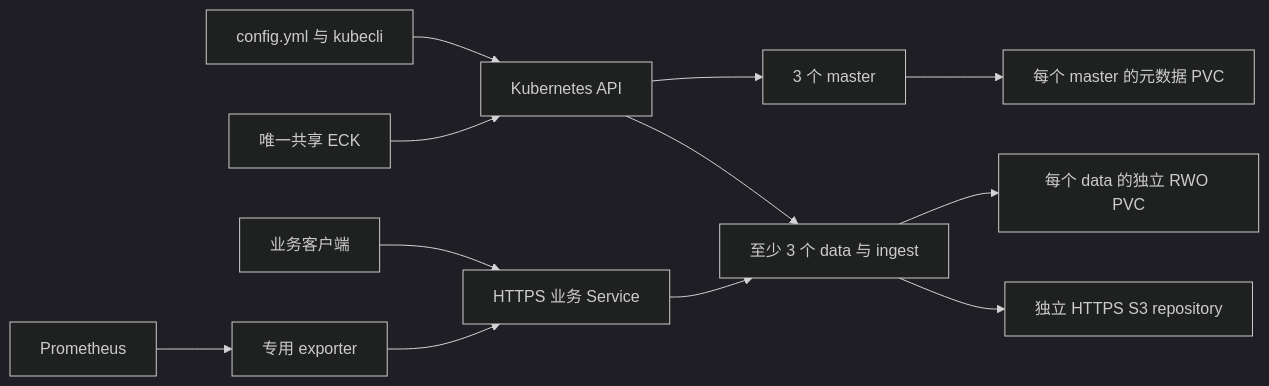
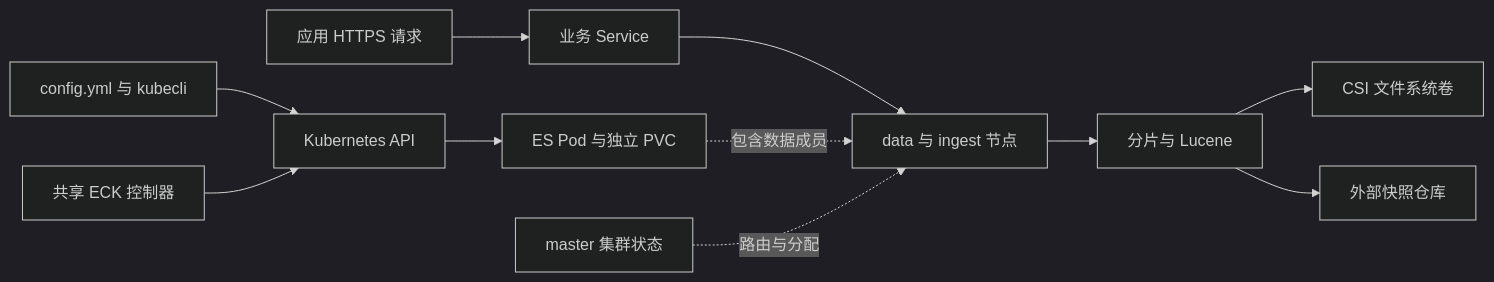
Before and after one commit to brinnatt/kubeauto: the second of 9 diagrams in docs/middleware/elasticsearch/technical-whitepaper.md, drawn with Mermaid (dark theme). The commit also changed other lines of this file and 9 other files, not shown here.

````diff
--- a/docs/middleware/elasticsearch/technical-whitepaper.md
+++ b/docs/middleware/elasticsearch/technical-whitepaper.md
@@ -15,14 +44,13 @@
 ```mermaid
 flowchart LR
-    C[config.yml 与 kubecli] --> A[Kubernetes API]
-    O[唯一共享 ECK] --> A
-    A --> M[3 个 master]
-    A --> D[至少 3 个 data 与 ingest]
-    B[业务客户端] --> S[HTTPS 业务 Service]
-    S --> D
-    D --> V[每个 data 的独立 RWO PVC]
-    M --> MV[每个 master 的元数据 PVC]
-    D --> R[独立 HTTPS S3 repository]
-    P[Prometheus] --> X[专用 exporter]
-    X --> S
+    CFG[config.yml 与 kubecli] --> API[Kubernetes API]
+    ECK[共享 ECK 控制器] --> API
+    API --> POD[ES Pod 与独立 PVC]
+    APP[应用 HTTPS 请求] --> SVC[业务 Service]
+    SVC --> DATA[data 与 ingest 节点]
+    POD -.包含数据成员.-> DATA
+    DATA --> SHARD[分片与 Lucene]
+    MASTER[master 集群状态] -.路由与分配.-> DATA
+    SHARD --> VOL[CSI 文件系统卷]
+    SHARD --> S3[外部快照仓库]
 ```
````
